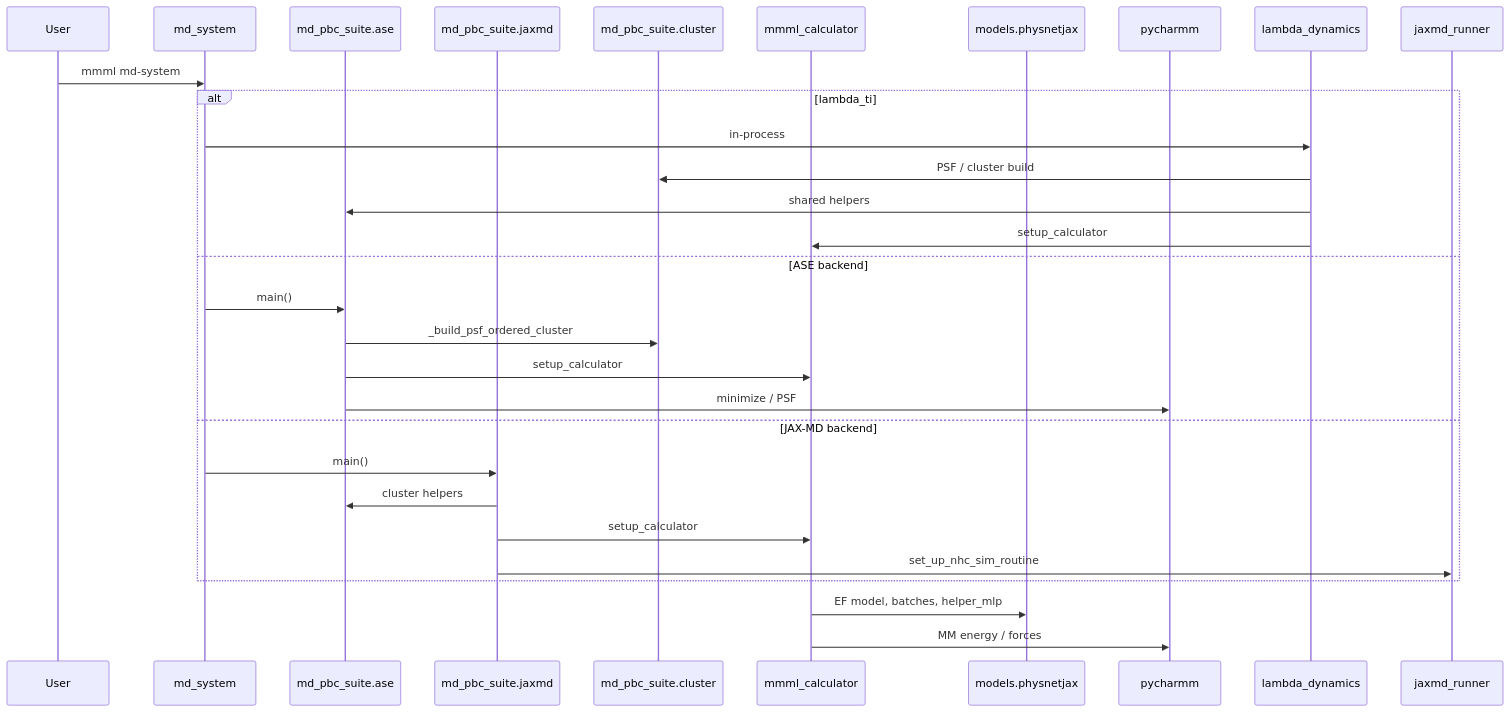
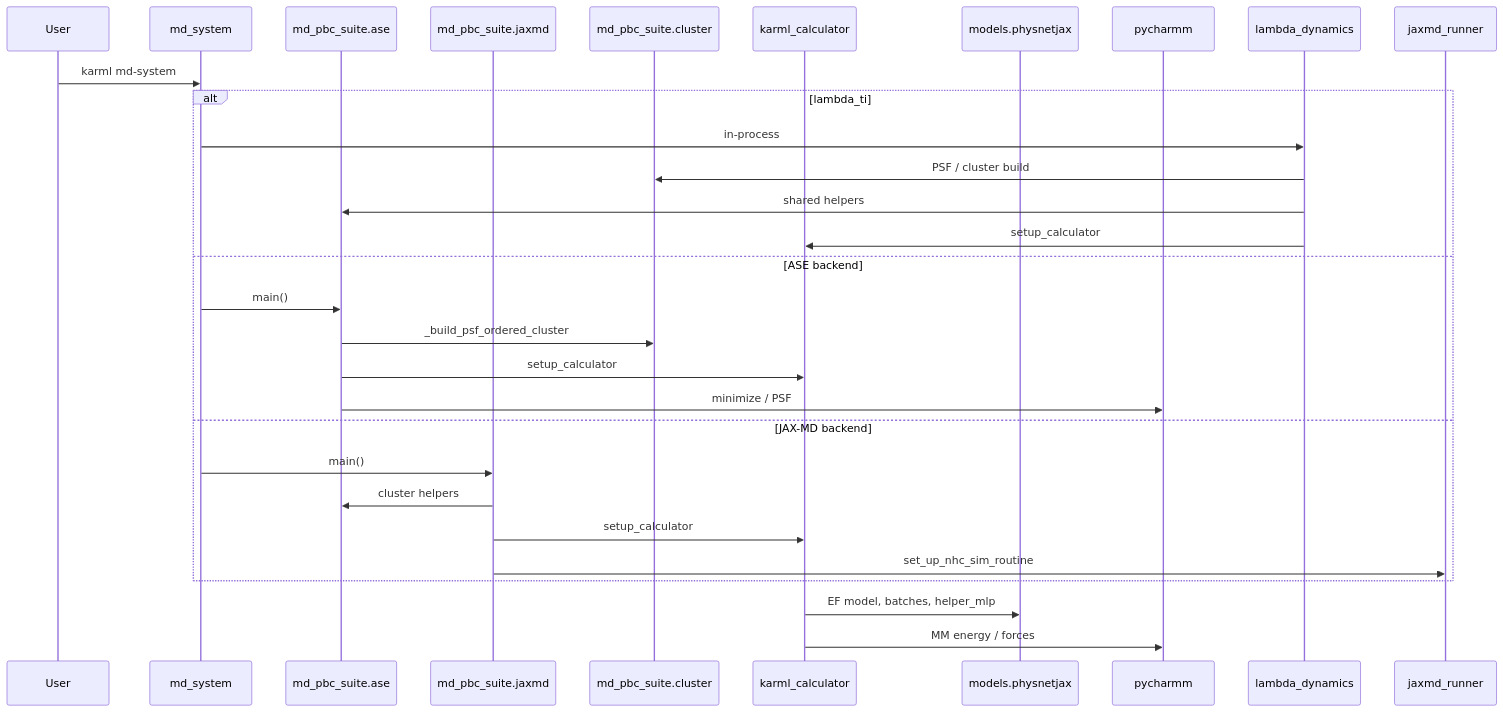
One commit to EricBoittier/mmml changed the fifth of 8 diagrams in docs/package-architecture.md. Above: the diagram before and after it, drawn with Mermaid. The commit also changed other lines of this file and 2421 other files, not shown here.

First line of the commit message:
Refactor project references from MMML to KARML

````diff
--- a/docs/package-architecture.md
+++ b/docs/package-architecture.md
@@ -213,31 +213,31 @@
 ```mermaid
 sequenceDiagram
   participant User
   participant md_system as md_system
   participant ase as md_pbc_suite.ase
   participant jax as md_pbc_suite.jaxmd
   participant cluster as md_pbc_suite.cluster
-  participant calc as mmml_calculator
+  participant calc as karml_calculator
   participant phys as models.physnetjax
   participant charmm as pycharmm
 
-  User->>md_system: mmml md-system
+  User->>md_system: karml md-system
   alt lambda_ti
     md_system->>lambda_dynamics: in-process
     lambda_dynamics->>cluster: PSF / cluster build
     lambda_dynamics->>ase: shared helpers
     lambda_dynamics->>calc: setup_calculator
   else ASE backend
     md_system->>ase: main()
     ase->>cluster: _build_psf_ordered_cluster
     ase->>calc: setup_calculator
     ase->>charmm: minimize / PSF
   else JAX-MD backend
     md_system->>jax: main()
     jax->>ase: cluster helpers
     jax->>calc: setup_calculator
     jax->>jaxmd_runner: set_up_nhc_sim_routine
   end
   calc->>phys: EF model, batches, helper_mlp
   calc->>charmm: MM energy / forces
 ```
````
